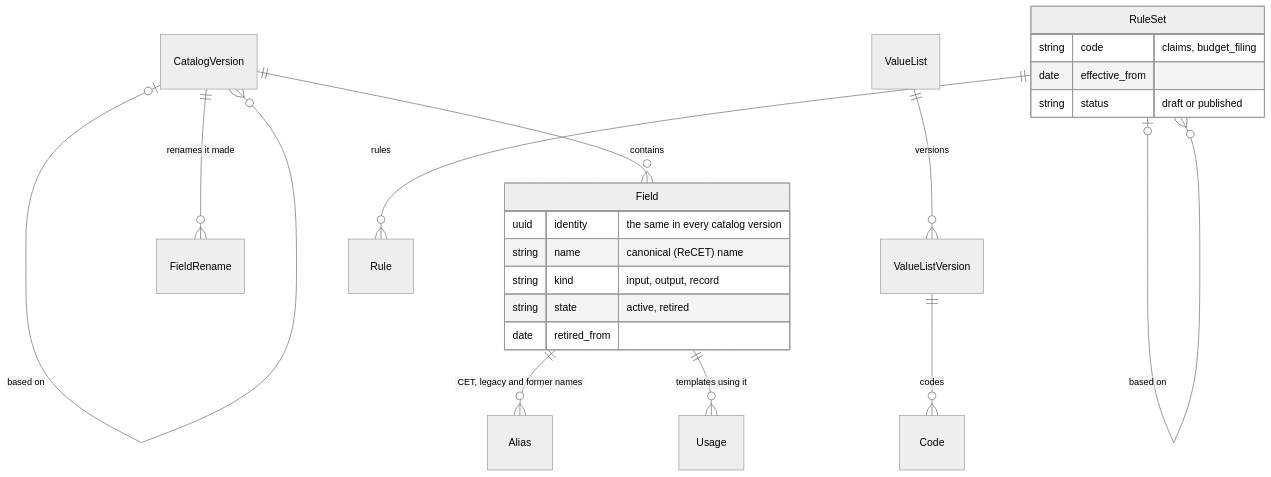
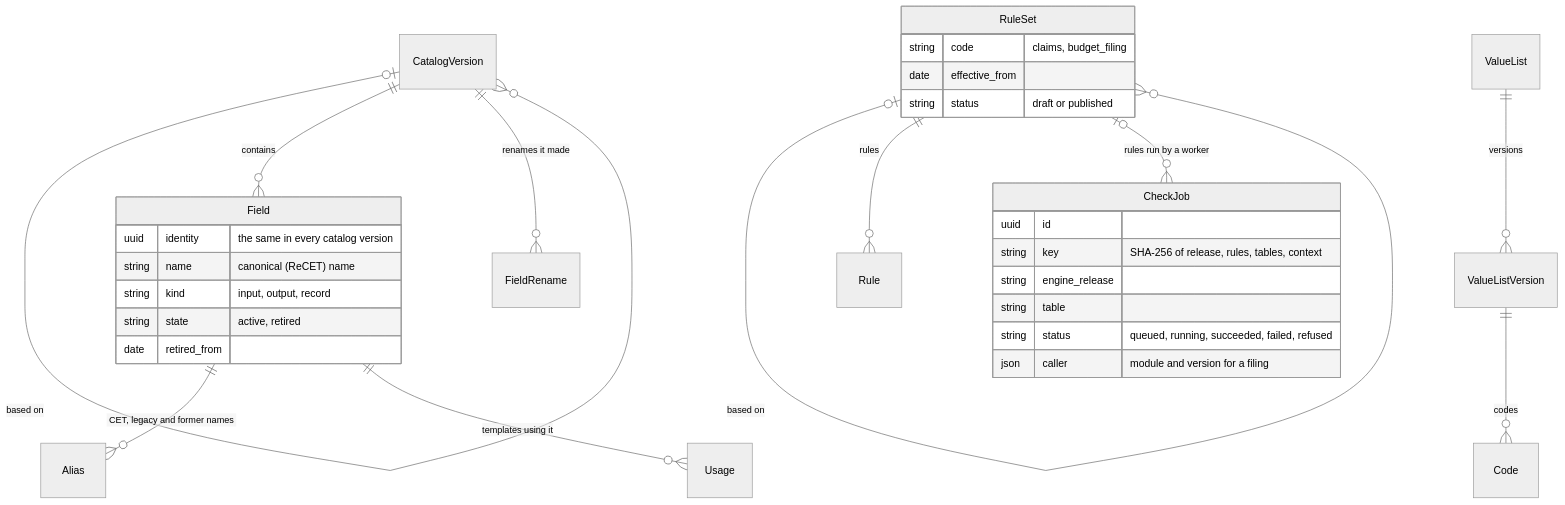
Diagram 13 of 25 in docs/ARCHITECTURE_AS_BUILT.md (JRichardson-PGE/CEDARS-Platform), drawn with Mermaid (neutral theme) before and after one commit. The commit also changed other lines of this file and 32 other files, not shown here.

````diff
--- a/docs/ARCHITECTURE_AS_BUILT.md
+++ b/docs/ARCHITECTURE_AS_BUILT.md
@@ -804,24 +807,33 @@
 ```mermaid
 erDiagram
   CatalogVersion |o--o{ CatalogVersion : "based on"
   CatalogVersion ||--o{ Field : contains
   CatalogVersion ||--o{ FieldRename : "renames it made"
   Field ||--o{ Alias : "CET, legacy and former names"
   Field ||--o{ Usage : "templates using it"
   ValueList ||--o{ ValueListVersion : versions
   ValueListVersion ||--o{ Code : codes
   RuleSet |o--o{ RuleSet : "based on"
   RuleSet ||--o{ Rule : rules
+  RuleSet |o--o{ CheckJob : "rules run by a worker"
   Field {
     uuid identity "the same in every catalog version"
     string name "canonical (ReCET) name"
     string kind "input, output, record"
     string state "active, retired"
     date retired_from
   }
   RuleSet {
     string code "claims, budget_filing"
     date effective_from
     string status "draft or published"
   }
+  CheckJob {
+    uuid id
+    string key "SHA-256 of release, rules, tables, context"
+    string engine_release
+    string table
+    string status "queued, running, succeeded, failed, refused"
+    json caller "module and version for a filing"
+  }
 ```
````
